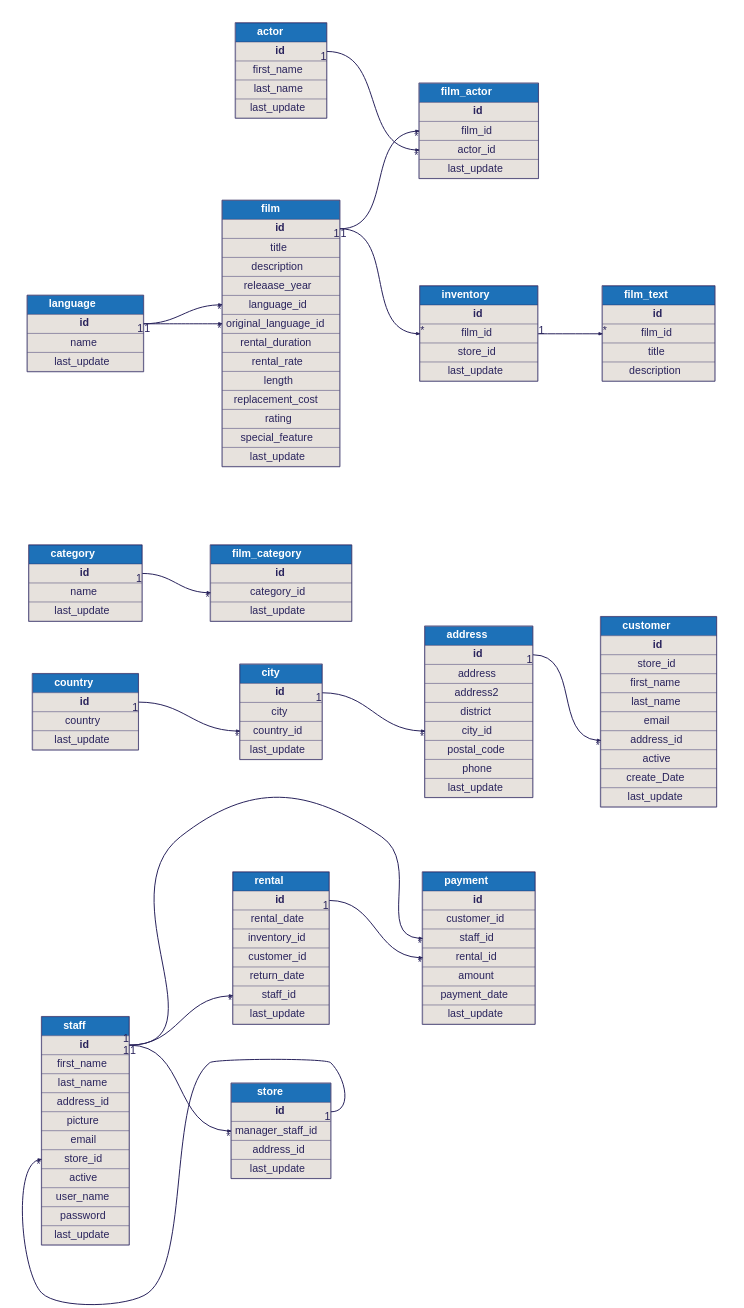
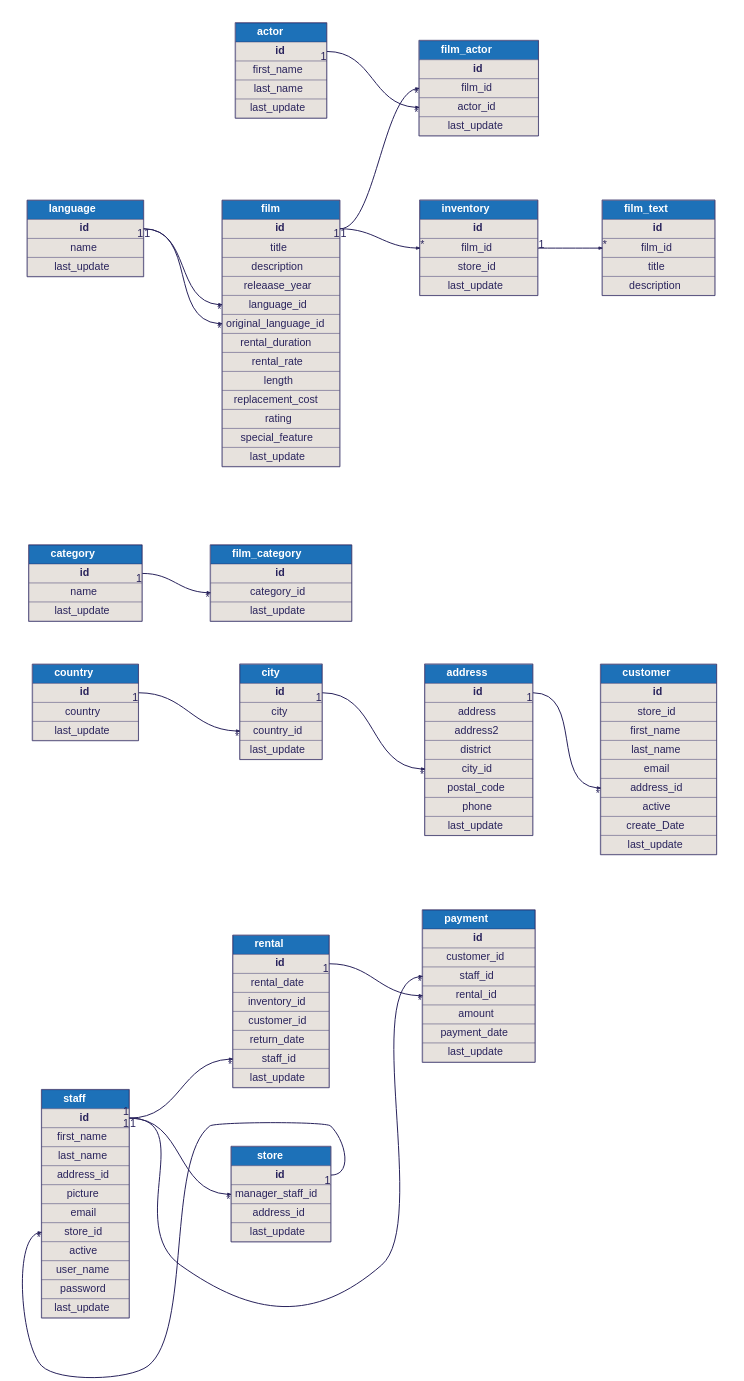
One commit to softwaretechnik-berlin/dbml-renderer changed the diagram in examples/video-rental.dbml.dot. Above: the diagram before and after it, drawn with Graphviz. The commit also changed 13 other files, not shown here.

```diff
--- a/examples/video-rental.dbml.dot
+++ b/examples/video-rental.dbml.dot
@@ -1,179 +1,179 @@
 digraph dbml {
       rankdir=LR;
       graph [fontname="helvetica", fontsize=32, fontcolor="#29235c", bgcolor="transparent"];
       node [penwidth=0, margin=0, fontname="helvetica", fontsize=32, fontcolor="#29235c"];
       edge [fontname="helvetica", fontsize=32, fontcolor="#29235c", color="#29235c"];
 
       
       
       "staff" [id=staff;label=<<TABLE BORDER="2" COLOR="#29235c" CELLBORDER="1" CELLSPACING="0" CELLPADDING="10" >
       <TR><TD PORT="f0" WIDTH="150" BGCOLOR="#1d71b8"><font color="#ffffff"><B>       staff       </B></font></TD></TR>
 <TR><TD PORT="f1" BGCOLOR="#e7e2dd"><b>id</b></TD></TR>
 <TR><TD PORT="f2" BGCOLOR="#e7e2dd">first_name</TD></TR>
 <TR><TD PORT="f3" BGCOLOR="#e7e2dd">last_name</TD></TR>
 <TR><TD PORT="f4" BGCOLOR="#e7e2dd">address_id</TD></TR>
 <TR><TD PORT="f5" BGCOLOR="#e7e2dd">picture</TD></TR>
 <TR><TD PORT="f6" BGCOLOR="#e7e2dd">email</TD></TR>
 <TR><TD PORT="f7" BGCOLOR="#e7e2dd">store_id</TD></TR>
 <TR><TD PORT="f8" BGCOLOR="#e7e2dd">active</TD></TR>
 <TR><TD PORT="f9" BGCOLOR="#e7e2dd">user_name</TD></TR>
 <TR><TD PORT="f10" BGCOLOR="#e7e2dd">password</TD></TR>
 <TR><TD PORT="f11" BGCOLOR="#e7e2dd">last_update</TD></TR>
     </TABLE>>];
 "store" [id=store;label=<<TABLE BORDER="2" COLOR="#29235c" CELLBORDER="1" CELLSPACING="0" CELLPADDING="10" >
       <TR><TD PORT="f0" WIDTH="150" BGCOLOR="#1d71b8"><font color="#ffffff"><B>       store       </B></font></TD></TR>
 <TR><TD PORT="f1" BGCOLOR="#e7e2dd"><b>id</b></TD></TR>
 <TR><TD PORT="f2" BGCOLOR="#e7e2dd">manager_staff_id</TD></TR>
 <TR><TD PORT="f3" BGCOLOR="#e7e2dd">address_id</TD></TR>
 <TR><TD PORT="f4" BGCOLOR="#e7e2dd">last_update</TD></TR>
     </TABLE>>];
 "payment" [id=payment;label=<<TABLE BORDER="2" COLOR="#29235c" CELLBORDER="1" CELLSPACING="0" CELLPADDING="10" >
       <TR><TD PORT="f0" WIDTH="150" BGCOLOR="#1d71b8"><font color="#ffffff"><B>       payment       </B></font></TD></TR>
 <TR><TD PORT="f1" BGCOLOR="#e7e2dd"><b>id</b></TD></TR>
 <TR><TD PORT="f2" BGCOLOR="#e7e2dd">customer_id</TD></TR>
 <TR><TD PORT="f3" BGCOLOR="#e7e2dd">staff_id</TD></TR>
 <TR><TD PORT="f4" BGCOLOR="#e7e2dd">rental_id</TD></TR>
 <TR><TD PORT="f5" BGCOLOR="#e7e2dd">amount</TD></TR>
 <TR><TD PORT="f6" BGCOLOR="#e7e2dd">payment_date</TD></TR>
 <TR><TD PORT="f7" BGCOLOR="#e7e2dd">last_update</TD></TR>
     </TABLE>>];
 "rental" [id=rental;label=<<TABLE BORDER="2" COLOR="#29235c" CELLBORDER="1" CELLSPACING="0" CELLPADDING="10" >
       <TR><TD PORT="f0" WIDTH="150" BGCOLOR="#1d71b8"><font color="#ffffff"><B>       rental       </B></font></TD></TR>
 <TR><TD PORT="f1" BGCOLOR="#e7e2dd"><b>id</b></TD></TR>
 <TR><TD PORT="f2" BGCOLOR="#e7e2dd">rental_date</TD></TR>
 <TR><TD PORT="f3" BGCOLOR="#e7e2dd">inventory_id</TD></TR>
 <TR><TD PORT="f4" BGCOLOR="#e7e2dd">customer_id</TD></TR>
 <TR><TD PORT="f5" BGCOLOR="#e7e2dd">return_date</TD></TR>
 <TR><TD PORT="f6" BGCOLOR="#e7e2dd">staff_id</TD></TR>
 <TR><TD PORT="f7" BGCOLOR="#e7e2dd">last_update</TD></TR>
     </TABLE>>];
 "country" [id=country;label=<<TABLE BORDER="2" COLOR="#29235c" CELLBORDER="1" CELLSPACING="0" CELLPADDING="10" >
       <TR><TD PORT="f0" WIDTH="150" BGCOLOR="#1d71b8"><font color="#ffffff"><B>       country       </B></font></TD></TR>
 <TR><TD PORT="f1" BGCOLOR="#e7e2dd"><b>id</b></TD></TR>
 <TR><TD PORT="f2" BGCOLOR="#e7e2dd">country</TD></TR>
 <TR><TD PORT="f3" BGCOLOR="#e7e2dd">last_update</TD></TR>
     </TABLE>>];
 "city" [id=city;label=<<TABLE BORDER="2" COLOR="#29235c" CELLBORDER="1" CELLSPACING="0" CELLPADDING="10" >
       <TR><TD PORT="f0" WIDTH="150" BGCOLOR="#1d71b8"><font color="#ffffff"><B>       city       </B></font></TD></TR>
 <TR><TD PORT="f1" BGCOLOR="#e7e2dd"><b>id</b></TD></TR>
 <TR><TD PORT="f2" BGCOLOR="#e7e2dd">city</TD></TR>
 <TR><TD PORT="f3" BGCOLOR="#e7e2dd">country_id</TD></TR>
 <TR><TD PORT="f4" BGCOLOR="#e7e2dd">last_update</TD></TR>
     </TABLE>>];
 "address" [id=address;label=<<TABLE BORDER="2" COLOR="#29235c" CELLBORDER="1" CELLSPACING="0" CELLPADDING="10" >
       <TR><TD PORT="f0" WIDTH="150" BGCOLOR="#1d71b8"><font color="#ffffff"><B>       address       </B></font></TD></TR>
 <TR><TD PORT="f1" BGCOLOR="#e7e2dd"><b>id</b></TD></TR>
 <TR><TD PORT="f2" BGCOLOR="#e7e2dd">address</TD></TR>
 <TR><TD PORT="f3" BGCOLOR="#e7e2dd">address2</TD></TR>
 <TR><TD PORT="f4" BGCOLOR="#e7e2dd">district</TD></TR>
 <TR><TD PORT="f5" BGCOLOR="#e7e2dd">city_id</TD></TR>
 <TR><TD PORT="f6" BGCOLOR="#e7e2dd">postal_code</TD></TR>
 <TR><TD PORT="f7" BGCOLOR="#e7e2dd">phone</TD></TR>
 <TR><TD PORT="f8" BGCOLOR="#e7e2dd">last_update</TD></TR>
     </TABLE>>];
 "customer" [id=customer;label=<<TABLE BORDER="2" COLOR="#29235c" CELLBORDER="1" CELLSPACING="0" CELLPADDING="10" >
       <TR><TD PORT="f0" WIDTH="150" BGCOLOR="#1d71b8"><font color="#ffffff"><B>       customer       </B></font></TD></TR>
 <TR><TD PORT="f1" BGCOLOR="#e7e2dd"><b>id</b></TD></TR>
 <TR><TD PORT="f2" BGCOLOR="#e7e2dd">store_id</TD></TR>
 <TR><TD PORT="f3" BGCOLOR="#e7e2dd">first_name</TD></TR>
 <TR><TD PORT="f4" BGCOLOR="#e7e2dd">last_name</TD></TR>
 <TR><TD PORT="f5" BGCOLOR="#e7e2dd">email</TD></TR>
 <TR><TD PORT="f6" BGCOLOR="#e7e2dd">address_id</TD></TR>
 <TR><TD PORT="f7" BGCOLOR="#e7e2dd">active</TD></TR>
 <TR><TD PORT="f8" BGCOLOR="#e7e2dd">create_Date</TD></TR>
 <TR><TD PORT="f9" BGCOLOR="#e7e2dd">last_update</TD></TR>
     </TABLE>>];
 "category" [id=category;label=<<TABLE BORDER="2" COLOR="#29235c" CELLBORDER="1" CELLSPACING="0" CELLPADDING="10" >
       <TR><TD PORT="f0" WIDTH="150" BGCOLOR="#1d71b8"><font color="#ffffff"><B>       category       </B></font></TD></TR>
 <TR><TD PORT="f1" BGCOLOR="#e7e2dd"><b>id</b></TD></TR>
 <TR><TD PORT="f2" BGCOLOR="#e7e2dd">name</TD></TR>
 <TR><TD PORT="f3" BGCOLOR="#e7e2dd">last_update</TD></TR>
     </TABLE>>];
 "film_category" [id=film_category;label=<<TABLE BORDER="2" COLOR="#29235c" CELLBORDER="1" CELLSPACING="0" CELLPADDING="10" >
       <TR><TD PORT="f0" WIDTH="150" BGCOLOR="#1d71b8"><font color="#ffffff"><B>       film_category       </B></font></TD></TR>
 <TR><TD PORT="f1" BGCOLOR="#e7e2dd"><b>id</b></TD></TR>
 <TR><TD PORT="f2" BGCOLOR="#e7e2dd">category_id</TD></TR>
 <TR><TD PORT="f3" BGCOLOR="#e7e2dd">last_update</TD></TR>
     </TABLE>>];
 "language" [id=language;label=<<TABLE BORDER="2" COLOR="#29235c" CELLBORDER="1" CELLSPACING="0" CELLPADDING="10" >
       <TR><TD PORT="f0" WIDTH="150" BGCOLOR="#1d71b8"><font color="#ffffff"><B>       language       </B></font></TD></TR>
 <TR><TD PORT="f1" BGCOLOR="#e7e2dd"><b>id</b></TD></TR>
 <TR><TD PORT="f2" BGCOLOR="#e7e2dd">name</TD></TR>
 <TR><TD PORT="f3" BGCOLOR="#e7e2dd">last_update</TD></TR>
     </TABLE>>];
 "film_text" [id=film_text;label=<<TABLE BORDER="2" COLOR="#29235c" CELLBORDER="1" CELLSPACING="0" CELLPADDING="10" >
       <TR><TD PORT="f0" WIDTH="150" BGCOLOR="#1d71b8"><font color="#ffffff"><B>       film_text       </B></font></TD></TR>
 <TR><TD PORT="f1" BGCOLOR="#e7e2dd"><b>id</b></TD></TR>
 <TR><TD PORT="f2" BGCOLOR="#e7e2dd">film_id</TD></TR>
 <TR><TD PORT="f3" BGCOLOR="#e7e2dd">title</TD></TR>
 <TR><TD PORT="f4" BGCOLOR="#e7e2dd">description</TD></TR>
     </TABLE>>];
 "actor" [id=actor;label=<<TABLE BORDER="2" COLOR="#29235c" CELLBORDER="1" CELLSPACING="0" CELLPADDING="10" >
       <TR><TD PORT="f0" WIDTH="150" BGCOLOR="#1d71b8"><font color="#ffffff"><B>       actor       </B></font></TD></TR>
 <TR><TD PORT="f1" BGCOLOR="#e7e2dd"><b>id</b></TD></TR>
 <TR><TD PORT="f2" BGCOLOR="#e7e2dd">first_name</TD></TR>
 <TR><TD PORT="f3" BGCOLOR="#e7e2dd">last_name</TD></TR>
 <TR><TD PORT="f4" BGCOLOR="#e7e2dd">last_update</TD></TR>
     </TABLE>>];
 "film" [id=film;label=<<TABLE BORDER="2" COLOR="#29235c" CELLBORDER="1" CELLSPACING="0" CELLPADDING="10" >
       <TR><TD PORT="f0" WIDTH="150" BGCOLOR="#1d71b8"><font color="#ffffff"><B>       film       </B></font></TD></TR>
 <TR><TD PORT="f1" BGCOLOR="#e7e2dd"><b>id</b></TD></TR>
 <TR><TD PORT="f2" BGCOLOR="#e7e2dd">title</TD></TR>
 <TR><TD PORT="f3" BGCOLOR="#e7e2dd">description</TD></TR>
 <TR><TD PORT="f4" BGCOLOR="#e7e2dd">releaase_year</TD></TR>
 <TR><TD PORT="f5" BGCOLOR="#e7e2dd">language_id</TD></TR>
 <TR><TD PORT="f6" BGCOLOR="#e7e2dd">original_language_id</TD></TR>
 <TR><TD PORT="f7" BGCOLOR="#e7e2dd">rental_duration</TD></TR>
 <TR><TD PORT="f8" BGCOLOR="#e7e2dd">rental_rate</TD></TR>
 <TR><TD PORT="f9" BGCOLOR="#e7e2dd">length</TD></TR>
 <TR><TD PORT="f10" BGCOLOR="#e7e2dd">replacement_cost</TD></TR>
 <TR><TD PORT="f11" BGCOLOR="#e7e2dd">rating</TD></TR>
 <TR><TD PORT="f12" BGCOLOR="#e7e2dd">special_feature</TD></TR>
 <TR><TD PORT="f13" BGCOLOR="#e7e2dd">last_update</TD></TR>
     </TABLE>>];
 "film_actor" [id=film_actor;label=<<TABLE BORDER="2" COLOR="#29235c" CELLBORDER="1" CELLSPACING="0" CELLPADDING="10" >
       <TR><TD PORT="f0" WIDTH="150" BGCOLOR="#1d71b8"><font color="#ffffff"><B>       film_actor       </B></font></TD></TR>
 <TR><TD PORT="f1" BGCOLOR="#e7e2dd"><b>id</b></TD></TR>
 <TR><TD PORT="f2" BGCOLOR="#e7e2dd">film_id</TD></TR>
 <TR><TD PORT="f3" BGCOLOR="#e7e2dd">actor_id</TD></TR>
 <TR><TD PORT="f4" BGCOLOR="#e7e2dd">last_update</TD></TR>
     </TABLE>>];
 "inventory" [id=inventory;label=<<TABLE BORDER="2" COLOR="#29235c" CELLBORDER="1" CELLSPACING="0" CELLPADDING="10" >
       <TR><TD PORT="f0" WIDTH="150" BGCOLOR="#1d71b8"><font color="#ffffff"><B>       inventory       </B></font></TD></TR>
 <TR><TD PORT="f1" BGCOLOR="#e7e2dd"><b>id</b></TD></TR>
 <TR><TD PORT="f2" BGCOLOR="#e7e2dd">film_id</TD></TR>
 <TR><TD PORT="f3" BGCOLOR="#e7e2dd">store_id</TD></TR>
 <TR><TD PORT="f4" BGCOLOR="#e7e2dd">last_update</TD></TR>
     </TABLE>>];
     
-      store:0 -> staff:0 [style=invis, weight=100, color=red]
+      store:f0 -> staff:f0 [style=invis, weight=100, color=red]
     store:f1:e -> staff:f7:w [penwidth=3, color="#29235c", headlabel="*", taillabel="1", arrowhead="normal", arrowtail="none"]
-staff:0 -> store:0 [style=invis, weight=100, color=red]
+staff:f0 -> store:f0 [style=invis, weight=100, color=red]
     staff:f1:e -> store:f2:w [penwidth=3, color="#29235c", headlabel="*", taillabel="1", arrowhead="normal", arrowtail="none"]
-staff:0 -> payment:0 [style=invis, weight=100, color=red]
+staff:f0 -> payment:f0 [style=invis, weight=100, color=red]
     staff:f1:e -> payment:f3:w [penwidth=3, color="#29235c", headlabel="*", taillabel="1", arrowhead="normal", arrowtail="none"]
-rental:0 -> payment:0 [style=invis, weight=100, color=red]
+rental:f0 -> payment:f0 [style=invis, weight=100, color=red]
     rental:f1:e -> payment:f4:w [penwidth=3, color="#29235c", headlabel="*", taillabel="1", arrowhead="normal", arrowtail="none"]
-staff:0 -> rental:0 [style=invis, weight=100, color=red]
+staff:f0 -> rental:f0 [style=invis, weight=100, color=red]
     staff:f1:e -> rental:f6:w [penwidth=3, color="#29235c", headlabel="*", taillabel="1", arrowhead="normal", arrowtail="none"]
-country:0 -> city:0 [style=invis, weight=100, color=red]
+country:f0 -> city:f0 [style=invis, weight=100, color=red]
     country:f1:e -> city:f3:w [penwidth=3, color="#29235c", headlabel="*", taillabel="1", arrowhead="normal", arrowtail="none"]
-city:0 -> address:0 [style=invis, weight=100, color=red]
+city:f0 -> address:f0 [style=invis, weight=100, color=red]
     city:f1:e -> address:f5:w [penwidth=3, color="#29235c", headlabel="*", taillabel="1", arrowhead="normal", arrowtail="none"]
-address:0 -> customer:0 [style=invis, weight=100, color=red]
+address:f0 -> customer:f0 [style=invis, weight=100, color=red]
     address:f1:e -> customer:f6:w [penwidth=3, color="#29235c", headlabel="*", taillabel="1", arrowhead="normal", arrowtail="none"]
-category:0 -> film_category:0 [style=invis, weight=100, color=red]
+category:f0 -> film_category:f0 [style=invis, weight=100, color=red]
     category:f1:e -> film_category:f2:w [penwidth=3, color="#29235c", headlabel="*", taillabel="1", arrowhead="normal", arrowtail="none"]
-inventory:0 -> film_text:0 [style=invis, weight=100, color=red]
+inventory:f0 -> film_text:f0 [style=invis, weight=100, color=red]
     inventory:f2:e -> film_text:f2:w [penwidth=3, color="#29235c", headlabel="*", taillabel="1", arrowhead="normal", arrowtail="none"]
-language:0 -> film:0 [style=invis, weight=100, color=red]
+language:f0 -> film:f0 [style=invis, weight=100, color=red]
     language:f1:e -> film:f5:w [penwidth=3, color="#29235c", headlabel="*", taillabel="1", arrowhead="normal", arrowtail="none"]
-language:0 -> film:0 [style=invis, weight=100, color=red]
+language:f0 -> film:f0 [style=invis, weight=100, color=red]
     language:f1:e -> film:f6:w [penwidth=3, color="#29235c", headlabel="*", taillabel="1", arrowhead="normal", arrowtail="none"]
-film:0 -> film_actor:0 [style=invis, weight=100, color=red]
+film:f0 -> film_actor:f0 [style=invis, weight=100, color=red]
     film:f1:e -> film_actor:f2:w [penwidth=3, color="#29235c", headlabel="*", taillabel="1", arrowhead="normal", arrowtail="none"]
-actor:0 -> film_actor:0 [style=invis, weight=100, color=red]
+actor:f0 -> film_actor:f0 [style=invis, weight=100, color=red]
     actor:f1:e -> film_actor:f3:w [penwidth=3, color="#29235c", headlabel="*", taillabel="1", arrowhead="normal", arrowtail="none"]
-film:0 -> inventory:0 [style=invis, weight=100, color=red]
+film:f0 -> inventory:f0 [style=invis, weight=100, color=red]
     film:f1:e -> inventory:f2:w [penwidth=3, color="#29235c", headlabel="*", taillabel="1", arrowhead="normal", arrowtail="none"]
     }
```
